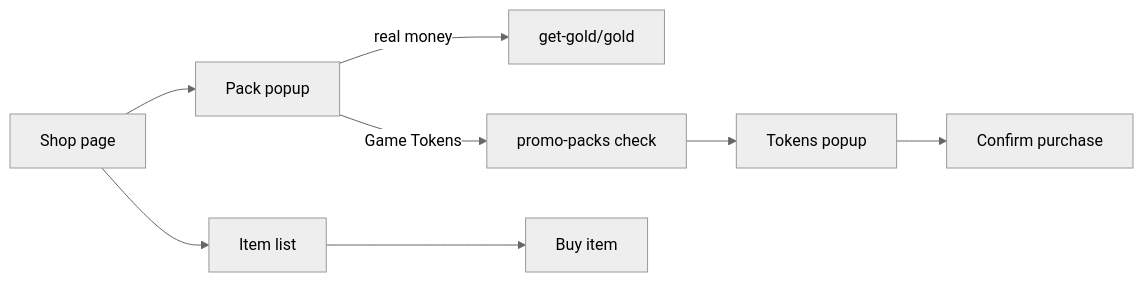
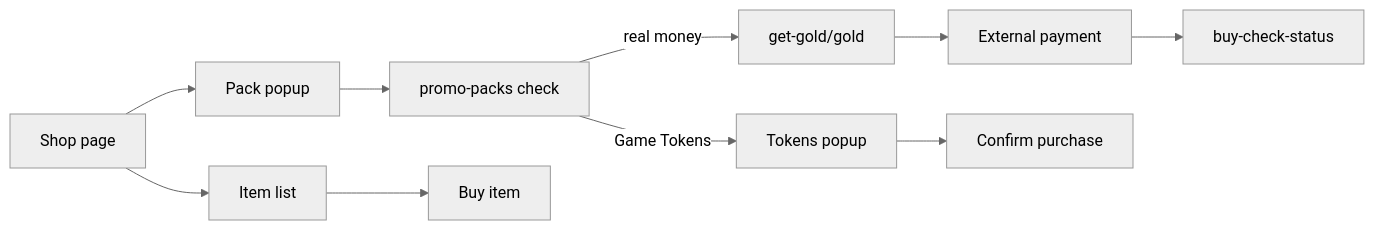
The diagram in v2/economy/shop.md (driversti/erepublik-api), drawn with Mermaid (neutral theme) before and after one commit. The commit also changed other lines of this file and 2 other files, not shown here.

Commit message:
docs(v2): verify shop purchase endpoints and Chain Deal progression

````diff
--- a/v2/economy/shop.md
+++ b/v2/economy/shop.md
@@ -10,7 +10,8 @@
 ```mermaid
 flowchart LR
     A[Shop page] --> B[Pack popup]
-    B -->|real money| C[get-gold/gold]
-    B -->|Game Tokens| D[promo-packs check] --> E[Tokens popup] --> H[Confirm purchase]
+    B --> D[promo-packs check]
+    D -->|real money| C[get-gold/gold] --> I[External payment] --> J[buy-check-status]
+    D -->|Game Tokens| E[Tokens popup] --> H[Confirm purchase]
     A --> F[Item list] --> G[Buy item]
 ```
````
